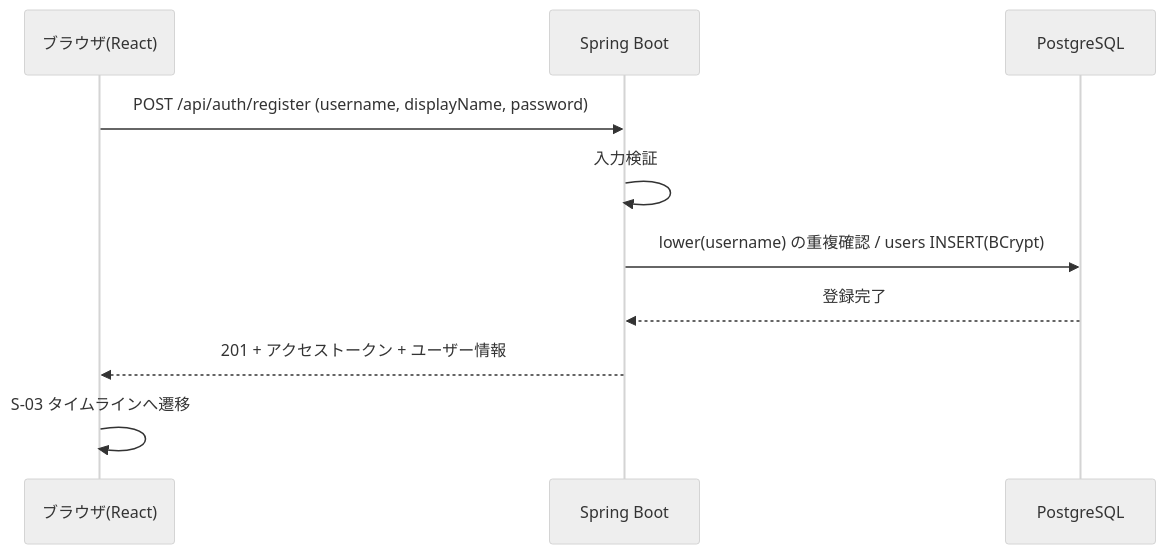
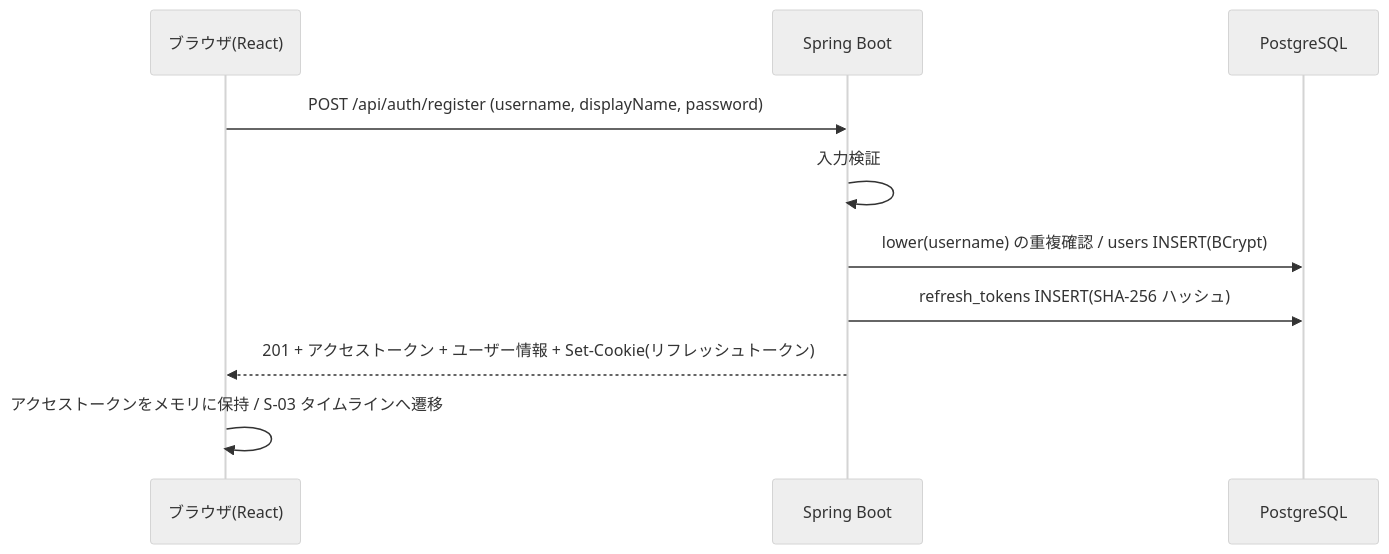
One commit to chengdanei48-beep/RaiseTimeLine changed the first of 2 diagrams in docs/features/F-AUTH.md. Above: the diagram before and after it, drawn with Mermaid (neutral theme). The commit also changed other lines of this file and 40 other files, not shown here.

````diff
--- a/docs/features/F-AUTH.md
+++ b/docs/features/F-AUTH.md
@@ -58,12 +78,12 @@
 ```mermaid
 sequenceDiagram
     participant B as ブラウザ(React)
     participant S as Spring Boot
     participant D as PostgreSQL
     B->>S: POST /api/auth/register (username, displayName, password)
     S->>S: 入力検証
     S->>D: lower(username) の重複確認 / users INSERT(BCrypt)
-    D-->>S: 登録完了
-    S-->>B: 201 + アクセストークン + ユーザー情報
-    B->>B: S-03 タイムラインへ遷移
+    S->>D: refresh_tokens INSERT(SHA-256 ハッシュ)
+    S-->>B: 201 + アクセストークン + ユーザー情報 + Set-Cookie(リフレッシュトークン)
+    B->>B: アクセストークンをメモリに保持 / S-03 タイムラインへ遷移
 ```
````
